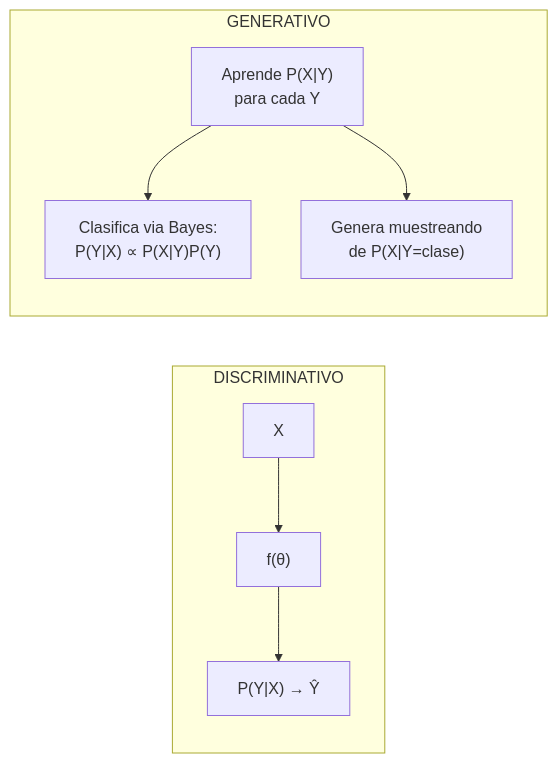
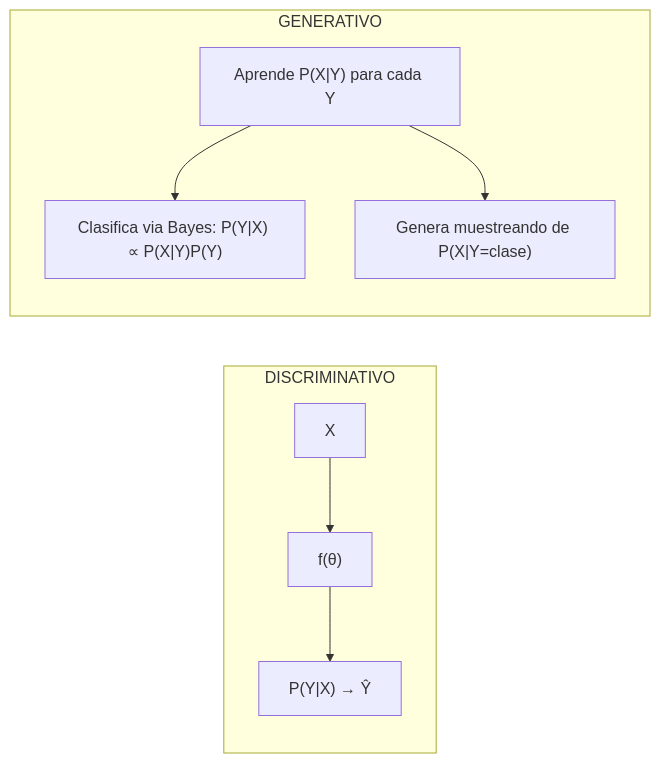
One commit to KarolCisneros/ia_p26 changed the second of 9 diagrams in clase/08_prediccion/04_arquitectura_y_supuestos.md. Above: the diagram before and after it, drawn with Mermaid. The commit also changed other lines of this file and 16 other files, not shown here.

````diff
--- a/clase/08_prediccion/04_arquitectura_y_supuestos.md
+++ b/clase/08_prediccion/04_arquitectura_y_supuestos.md
@@ -61,10 +61,10 @@
 ```mermaid
 flowchart LR
     subgraph DISC ["DISCRIMINATIVO"]
         X1["X"] --> F1["f(θ)"] --> PY1["P(Y|X) → Ŷ"]
     end
     subgraph GEN ["GENERATIVO"]
-        PXY["Aprende P(X|Y)<br/>para cada Y"] --> BAYES["Clasifica via Bayes:<br/>P(Y|X) ∝ P(X|Y)P(Y)"]
-        PXY --> GENERA["Genera muestreando<br/>de P(X|Y=clase)"]
+        PXY["Aprende P(X|Y) para cada Y"] --> BAYES["Clasifica via Bayes: P(Y|X) ∝ P(X|Y)P(Y)"]
+        PXY --> GENERA["Genera muestreando de P(X|Y=clase)"]
     end
 ```
````
